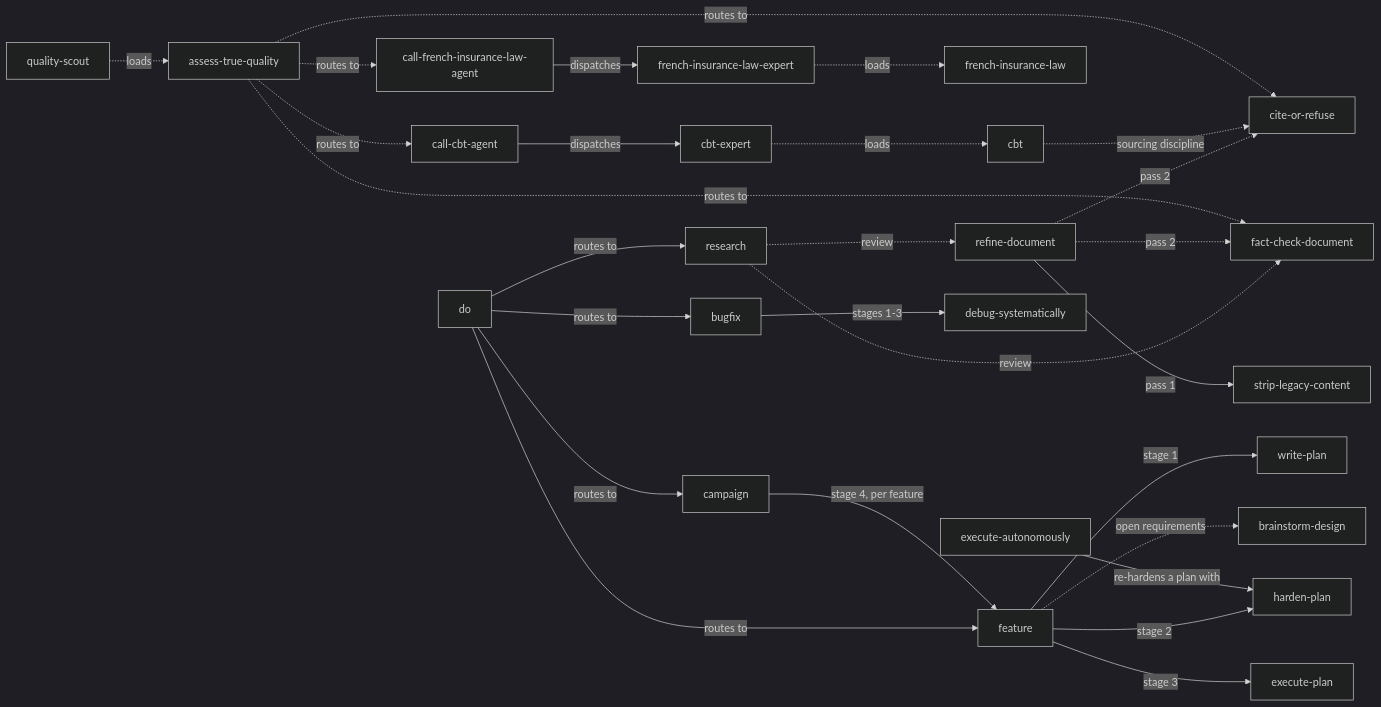
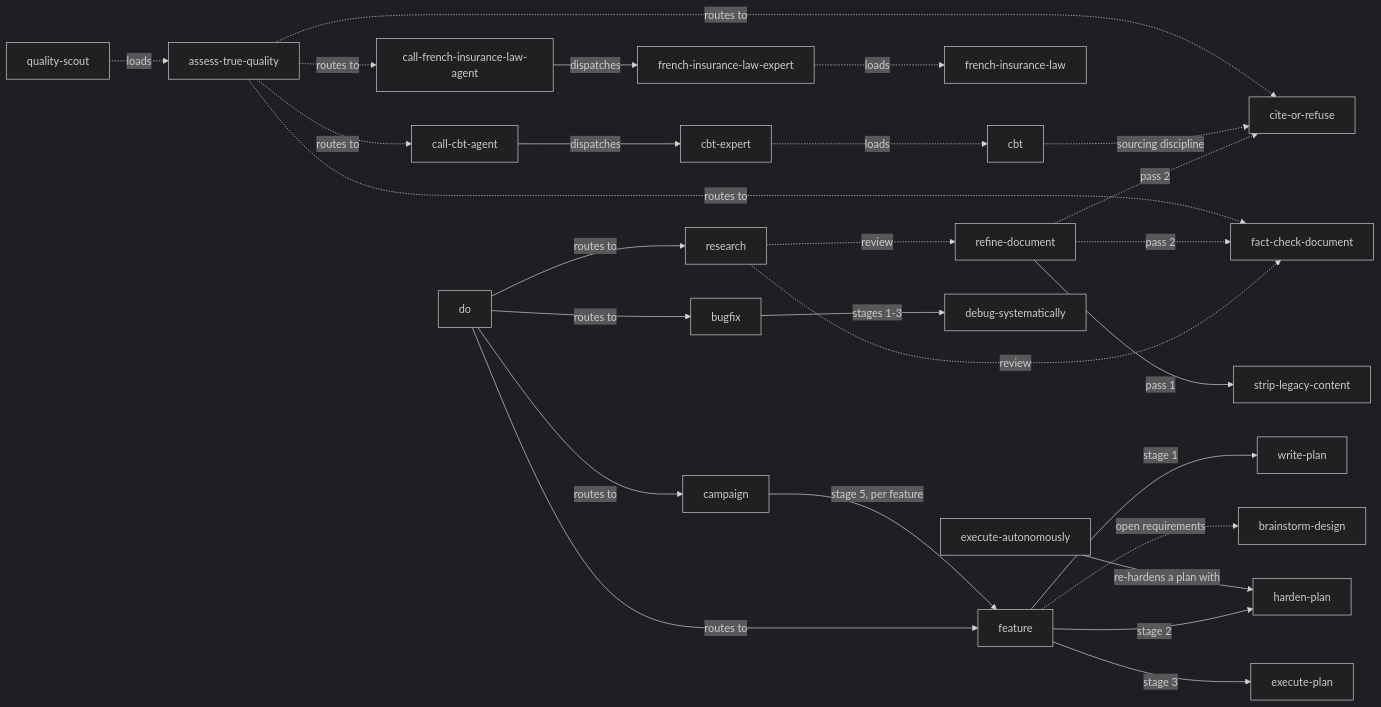
Before and after one commit to Ephasme/agent-skills: the diagram in dependencies.md, drawn with Mermaid (dark theme). The commit also changed 4 other files, not shown here.

First line of the commit message:
feat(campaign): schedule features as a graph and run independent ones in parallel (#53)

````diff
--- a/dependencies.md
+++ b/dependencies.md
@@ -6,31 +6,31 @@
 ```mermaid
 flowchart LR
   cbt-expert -.->|loads| cbt
   french-insurance-law-expert -.->|loads| french-insurance-law
   quality-scout -.->|loads| assess-true-quality
   call-cbt-agent -->|dispatches| cbt-expert
   call-french-insurance-law-agent -->|dispatches| french-insurance-law-expert
 
   assess-true-quality -.->|routes to| call-cbt-agent
   assess-true-quality -.->|routes to| cite-or-refuse
   assess-true-quality -.->|routes to| fact-check-document
   assess-true-quality -.->|routes to| call-french-insurance-law-agent
   cbt -.->|sourcing discipline| cite-or-refuse
 
   refine-document -->|pass 1| strip-legacy-content
   refine-document -.->|pass 2| cite-or-refuse
   refine-document -.->|pass 2| fact-check-document
   research -.->|review| refine-document
   research -.->|review| fact-check-document
   execute-autonomously -->|re-hardens a plan with| harden-plan
   feature -->|stage 1| write-plan
   feature -.->|open requirements| brainstorm-design
   feature -->|stage 2| harden-plan
   feature -->|stage 3| execute-plan
-  campaign -->|stage 4, per feature| feature
+  campaign -->|stage 5, per feature| feature
   bugfix -->|stages 1-3| debug-systematically
   do -->|routes to| research
   do -->|routes to| bugfix
   do -->|routes to| feature
   do -->|routes to| campaign
 ```
````
